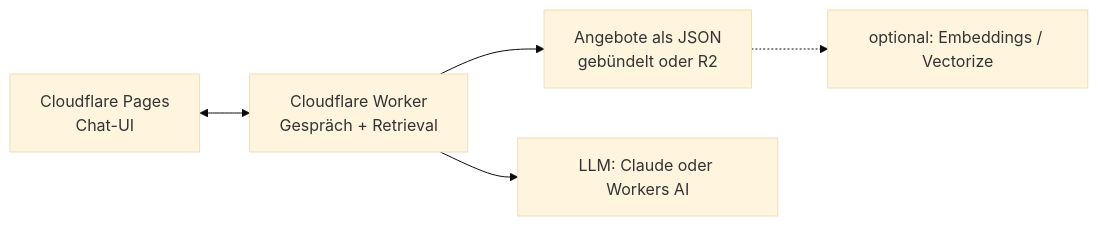
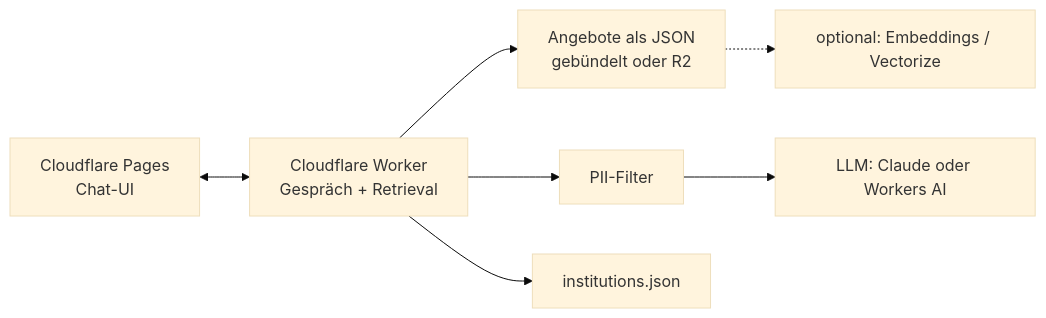
The diagram in README.md (smlfg/GlasRoute-PreZero-HHN-FUTURECITYHACKATHON2026), drawn with Mermaid (base theme) before and after one commit. The commit also changed other lines of this file and 9 other files, not shown here.

````diff
--- a/README.md
+++ b/README.md
@@ -33,7 +36,9 @@
 ```mermaid
 flowchart LR
   A["Cloudflare Pages<br/>Chat-UI"] <--> B["Cloudflare Worker<br/>Gespräch + Retrieval"]
   B --> C["Angebote als JSON<br/>gebündelt oder R2"]
-  B --> D["LLM: Claude oder Workers AI"]
+  B --> F["PII-Filter"]
+  F --> D["LLM: Claude oder Workers AI"]
   C -.-> E["optional: Embeddings / Vectorize"]
+  B --> G["institutions.json"]
 ```
````
